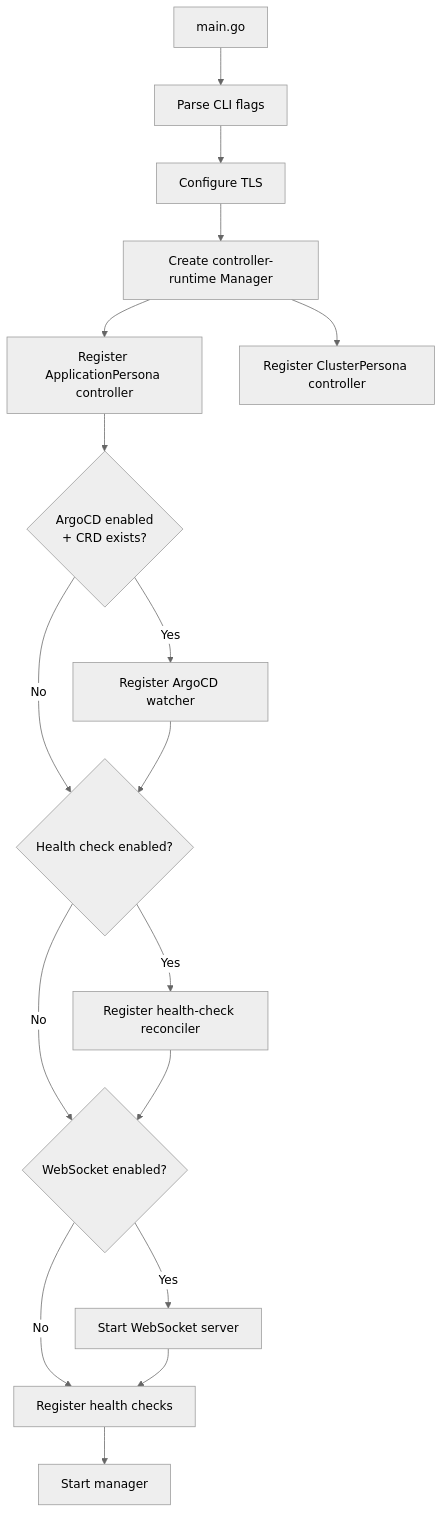
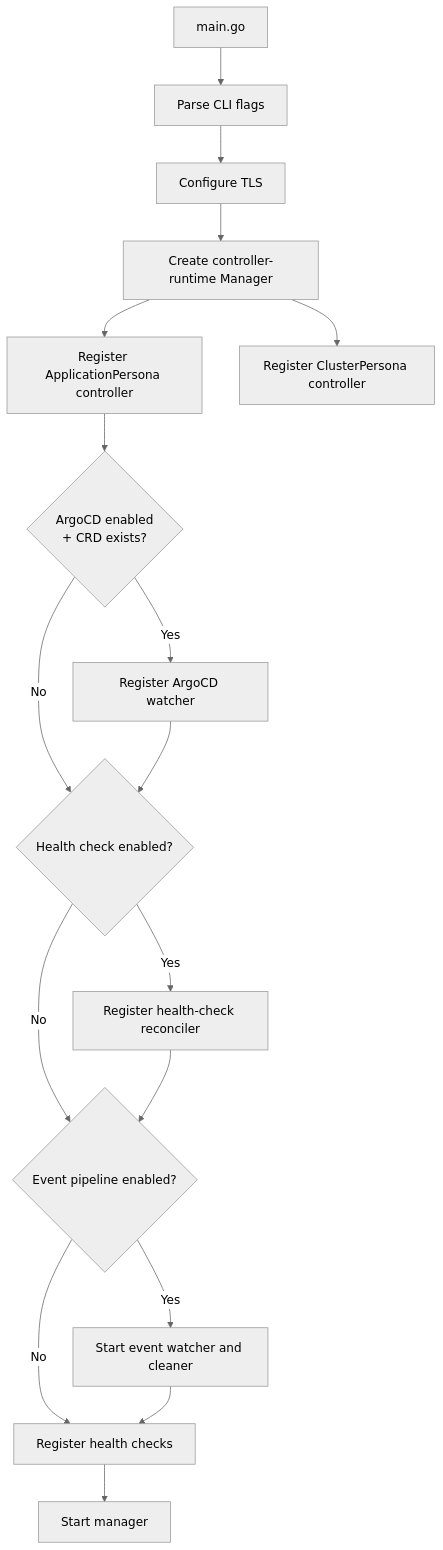
Before and after one commit to dorgu-ai/docs: the second of 2 diagrams in operator/architecture/overview.mdx, drawn with Mermaid (neutral theme). The commit also changed other lines of this file and 23 other files, not shown here.

````diff
--- a/operator/architecture/overview.mdx
+++ b/operator/architecture/overview.mdx
@@ -102,19 +98,19 @@
 ```mermaid
 flowchart TD
     Start["main.go"] --> ParseFlags["Parse CLI flags"]
     ParseFlags --> TLS["Configure TLS"]
     TLS --> Manager["Create controller-runtime Manager"]
     Manager --> AP["Register ApplicationPersona controller"]
     Manager --> CP["Register ClusterPersona controller"]
     AP --> ArgoCheck{"ArgoCD enabled\n+ CRD exists?"}
     ArgoCheck -->|Yes| AW["Register ArgoCD watcher"]
     ArgoCheck -->|No| HCCheck
     AW --> HCCheck{"Health check enabled?"}
     HCCheck -->|Yes| HC["Register health-check reconciler"]
-    HCCheck -->|No| WSCheck
-    HC --> WSCheck{"WebSocket enabled?"}
-    WSCheck -->|Yes| WS["Start WebSocket server"]
-    WSCheck -->|No| Health
-    WS --> Health["Register health checks"]
+    HCCheck -->|No| EPCheck
+    HC --> EPCheck{"Event pipeline enabled?"}
+    EPCheck -->|Yes| EP["Start event watcher and cleaner"]
+    EPCheck -->|No| Health
+    EP --> Health["Register health checks"]
     Health --> Run["Start manager"]
 ```
````
